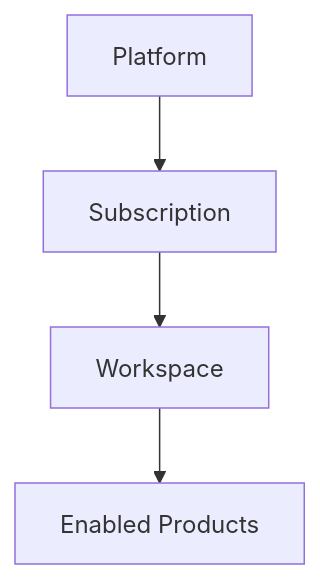
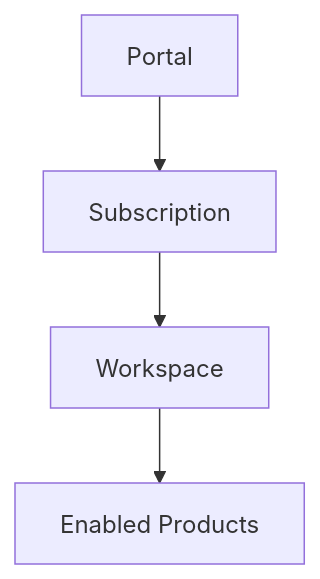
The first of 9 diagrams in _drafts/2026-04-23-The-Platform.md (Jacovlogg/jacovlogg.github.io), drawn with Mermaid before and after one commit. The commit also changed other lines of this file and 2 other files, not shown here.

````diff
--- a/_drafts/2026-04-23-The-Platform.md
+++ b/_drafts/2026-04-23-The-Platform.md
@@ -35,11 +31,11 @@
 ```mermaid
 flowchart TD
-    Platform[Platform]
+    Portal[Portal]
     Subscription[Subscription]
     Workspace[Workspace]
     Products[Enabled Products]
 
-    Platform --> Subscription
+    Portal --> Subscription
     Subscription --> Workspace
     Workspace --> Products
 ```
````
